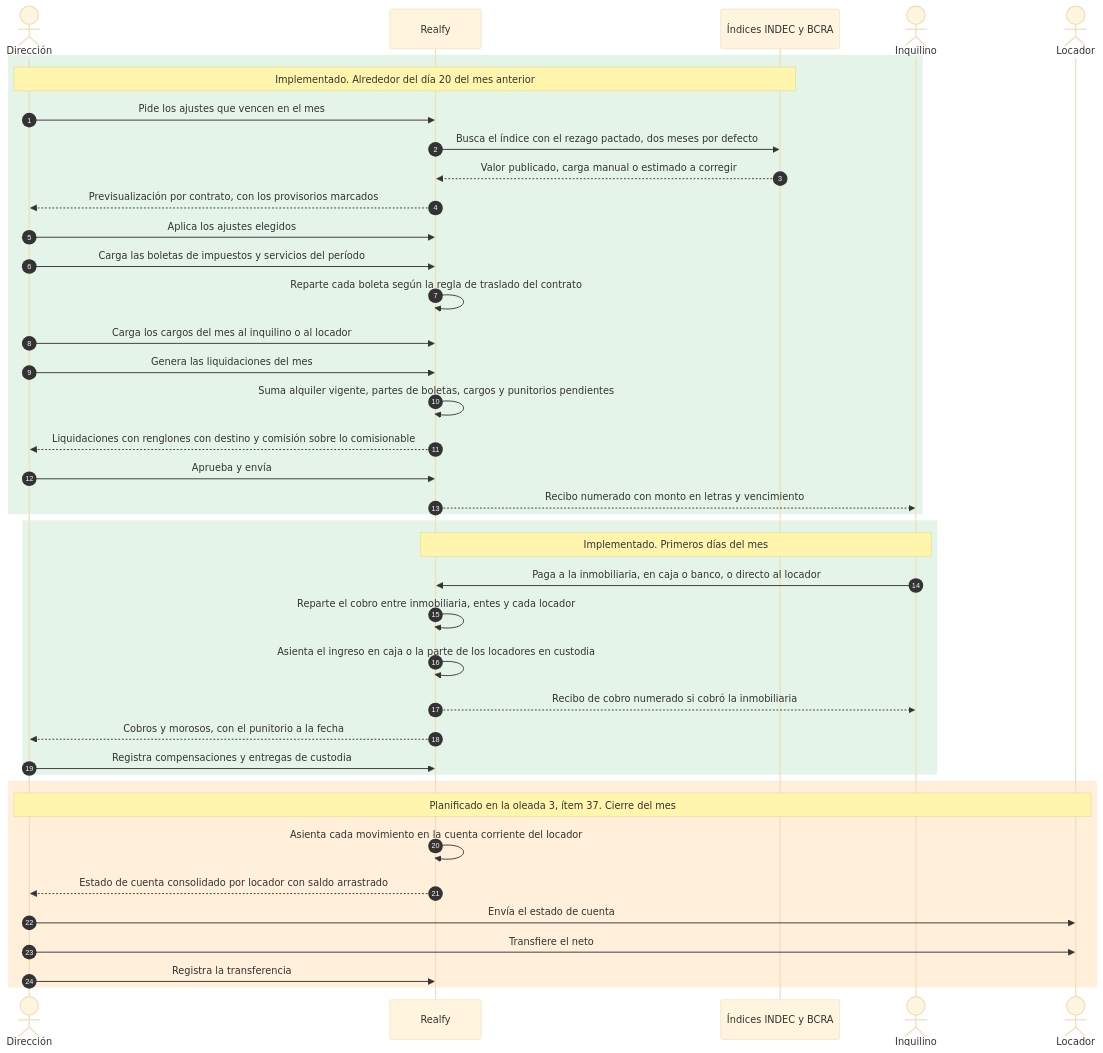
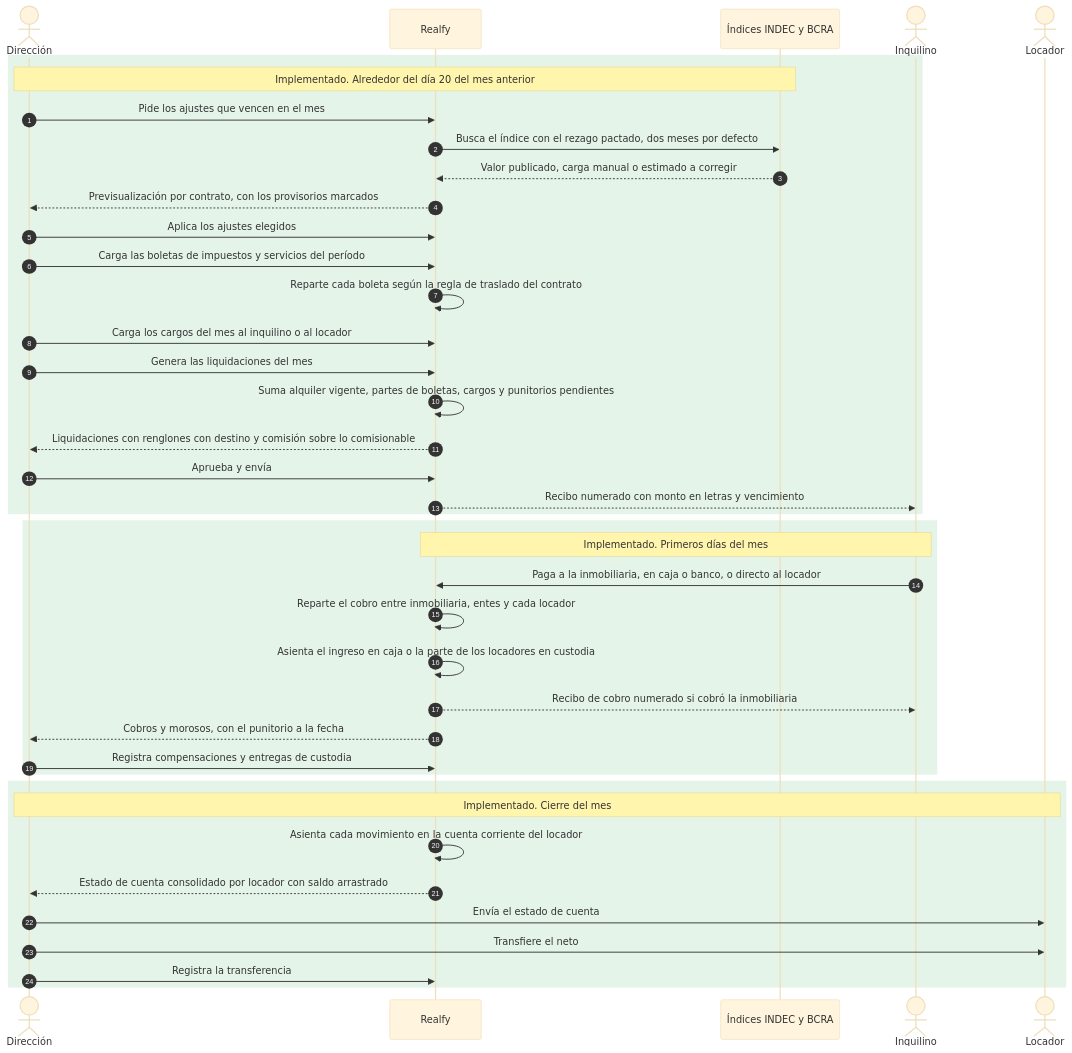
Before and after one commit to RomeV16/Proyecto-Final---Realfy: the first of 2 diagrams in docs/tesis/30-piloto.md, drawn with Mermaid (base theme). The commit also changed other lines of this file and 1 other file, not shown here.

First line of the commit message:
docs: capítulo del piloto en el informe final y diagrama de los flujos de cobro

````diff
--- a/docs/tesis/30-piloto.md
+++ b/docs/tesis/30-piloto.md
@@ -110,45 +110,45 @@
 ```mermaid
 sequenceDiagram
     autonumber
     actor Dir as Dirección
     participant R as Realfy
     participant IDX as Índices INDEC y BCRA
     actor Inq as Inquilino
     actor Loc as Locador
 
     rect rgba(46, 160, 67, 0.12)
     Note over Dir,IDX: Implementado. Alrededor del día 20 del mes anterior
     Dir->>R: Pide los ajustes que vencen en el mes
     R->>IDX: Busca el índice con el rezago pactado, dos meses por defecto
     IDX-->>R: Valor publicado, carga manual o estimado a corregir
     R-->>Dir: Previsualización por contrato, con los provisorios marcados
     Dir->>R: Aplica los ajustes elegidos
     Dir->>R: Carga las boletas de impuestos y servicios del período
     R->>R: Reparte cada boleta según la regla de traslado del contrato
     Dir->>R: Carga los cargos del mes al inquilino o al locador
     Dir->>R: Genera las liquidaciones del mes
     R->>R: Suma alquiler vigente, partes de boletas, cargos y punitorios pendientes
     R-->>Dir: Liquidaciones con renglones con destino y comisión sobre lo comisionable
     Dir->>R: Aprueba y envía
     R-->>Inq: Recibo numerado con monto en letras y vencimiento
     end
 
     rect rgba(46, 160, 67, 0.12)
     Note over Inq,R: Implementado. Primeros días del mes
     Inq->>R: Paga a la inmobiliaria, en caja o banco, o directo al locador
     R->>R: Reparte el cobro entre inmobiliaria, entes y cada locador
     R->>R: Asienta el ingreso en caja o la parte de los locadores en custodia
     R-->>Inq: Recibo de cobro numerado si cobró la inmobiliaria
     R-->>Dir: Cobros y morosos, con el punitorio a la fecha
     Dir->>R: Registra compensaciones y entregas de custodia
     end
 
-    rect rgba(255, 140, 0, 0.14)
-    Note over Dir,Loc: Planificado en la oleada 3, ítem 37. Cierre del mes
+    rect rgba(46, 160, 67, 0.12)
+    Note over Dir,Loc: Implementado. Cierre del mes
     R->>R: Asienta cada movimiento en la cuenta corriente del locador
     R-->>Dir: Estado de cuenta consolidado por locador con saldo arrastrado
     Dir->>Loc: Envía el estado de cuenta
     Dir->>Loc: Transfiere el neto
     Dir->>R: Registra la transferencia
     end
 ```
````
